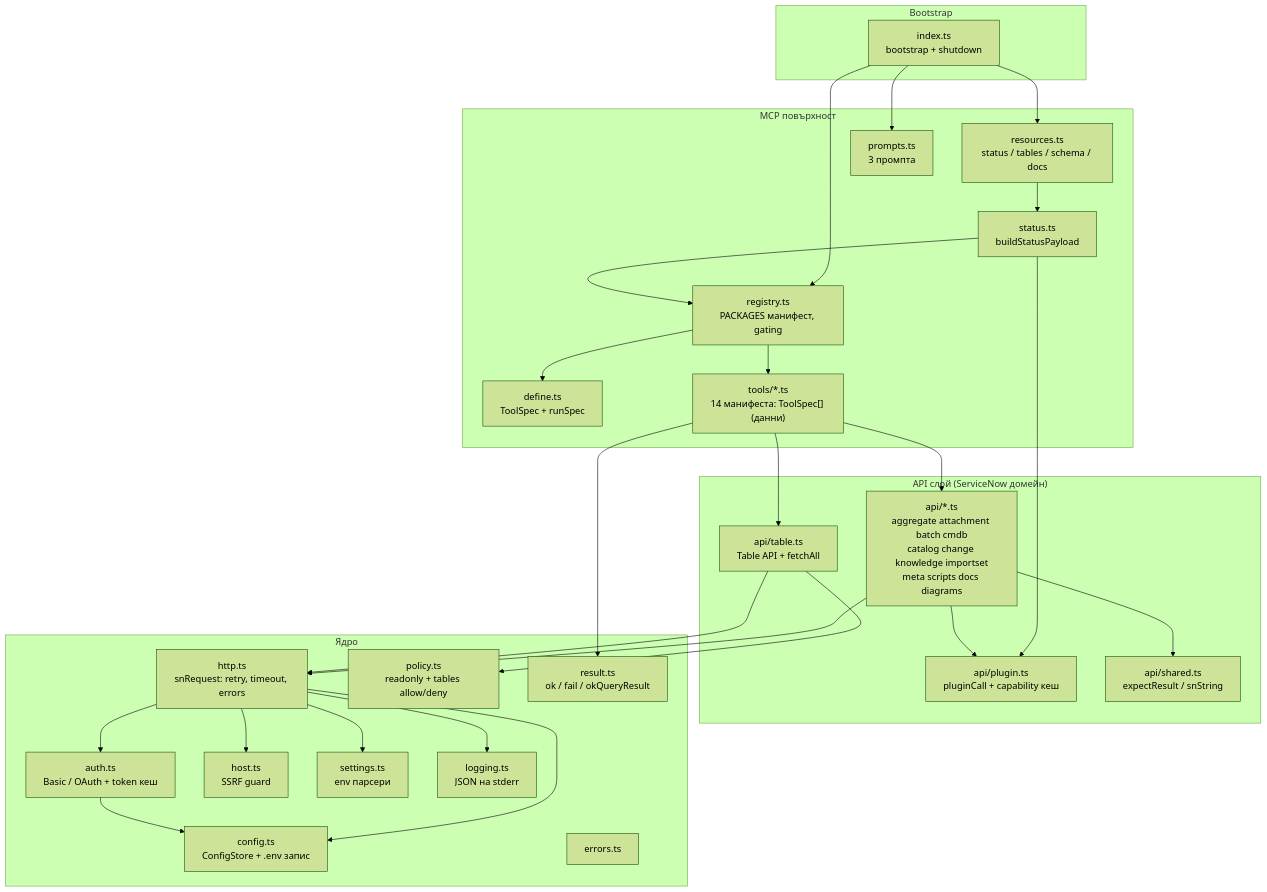
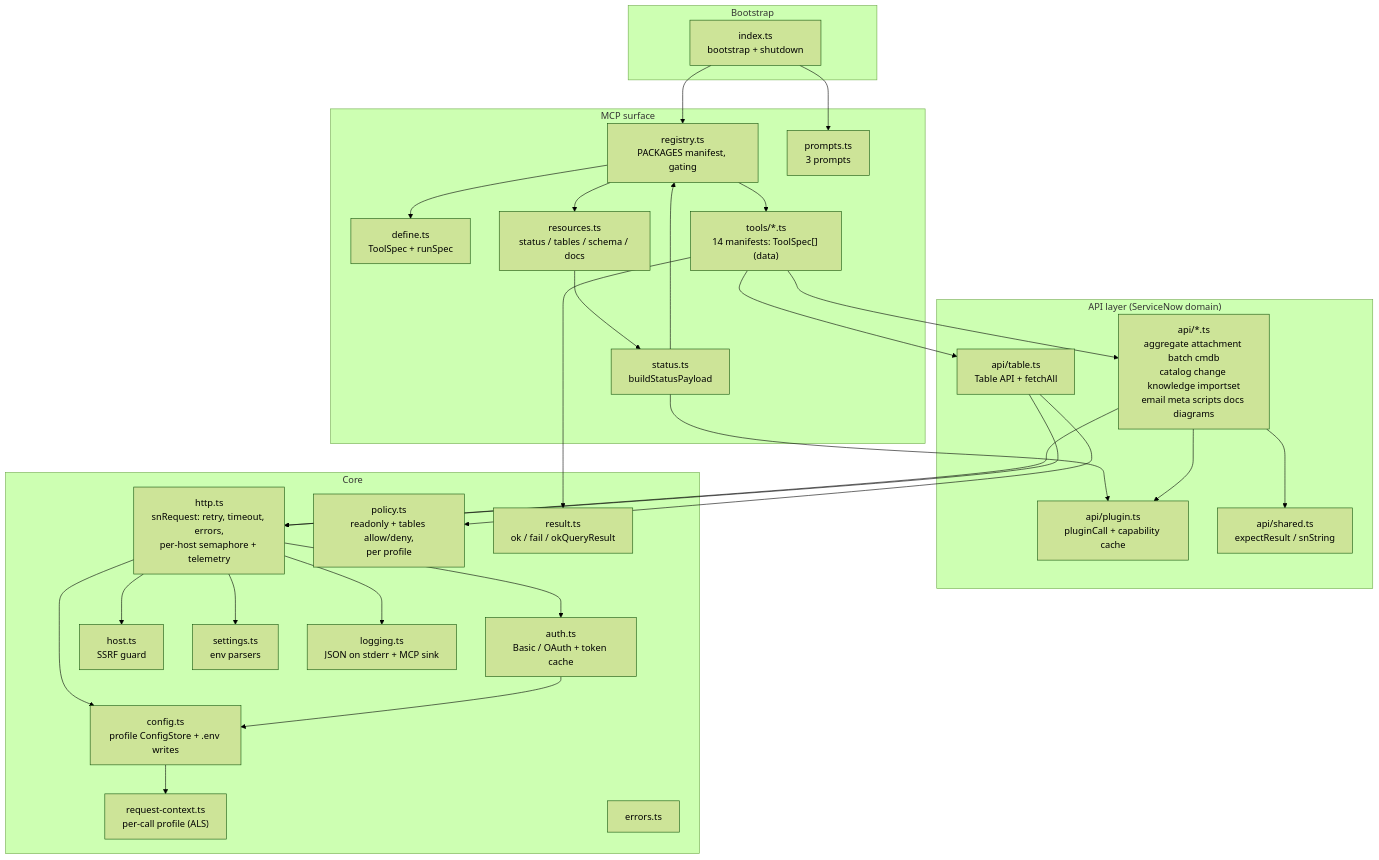
One commit to IvanBBaev/servicenow-mcp-ai changed the first of 5 diagrams in ARCHITECTURE.md. Above: the diagram before and after it, drawn with Mermaid (forest theme). The commit also changed other lines of this file and 4 other files, not shown here.

First line of the commit message:
docs: translate CHANGELOG, TODO, PRODUCT-STATE, ARCHITECTURE, DONE to English

````diff
--- a/ARCHITECTURE.md
+++ b/ARCHITECTURE.md
@@ -19,54 +19,56 @@
 ```mermaid
 graph TD
     subgraph Bootstrap
         IDX["index.ts<br/>bootstrap + shutdown"]
     end
-    subgraph MCP["MCP повърхност"]
-        REG["registry.ts<br/>PACKAGES манифест, gating"]
+    subgraph MCP["MCP surface"]
+        REG["registry.ts<br/>PACKAGES manifest, gating"]
         DEF["define.ts<br/>ToolSpec + runSpec"]
-        TOOLS["tools/*.ts<br/>14 манифеста: ToolSpec[] (данни)"]
+        TOOLS["tools/*.ts<br/>14 manifests: ToolSpec[] (data)"]
         RES["resources.ts<br/>status / tables / schema / docs"]
-        PRM["prompts.ts<br/>3 промпта"]
+        PRM["prompts.ts<br/>3 prompts"]
         STAT["status.ts<br/>buildStatusPayload"]
     end
-    subgraph API["API слой (ServiceNow домейн)"]
+    subgraph API["API layer (ServiceNow domain)"]
         SN["api/table.ts<br/>Table API + fetchAll"]
-        APIS["api/*.ts<br/>aggregate attachment batch cmdb<br/>catalog change knowledge importset<br/>meta scripts docs diagrams"]
-        PLG["api/plugin.ts<br/>pluginCall + capability кеш"]
+        APIS["api/*.ts<br/>aggregate attachment batch cmdb<br/>catalog change knowledge importset<br/>email meta scripts docs diagrams"]
+        PLG["api/plugin.ts<br/>pluginCall + capability cache"]
         SHR["api/shared.ts<br/>expectResult / snString"]
     end
-    subgraph CORE["Ядро"]
-        HTTP["http.ts<br/>snRequest: retry, timeout, errors"]
-        AUTH["auth.ts<br/>Basic / OAuth + token кеш"]
-        POL["policy.ts<br/>readonly + tables allow/deny"]
-        CFG["config.ts<br/>ConfigStore + .env запис"]
+    subgraph CORE["Core"]
+        HTTP["http.ts<br/>snRequest: retry, timeout, errors,<br/>per-host semaphore + telemetry"]
+        AUTH["auth.ts<br/>Basic / OAuth + token cache"]
+        POL["policy.ts<br/>readonly + tables allow/deny,<br/>per profile"]
+        CFG["config.ts<br/>profile ConfigStore + .env writes"]
+        CTX["request-context.ts<br/>per-call profile (ALS)"]
         HOST["host.ts<br/>SSRF guard"]
-        SET["settings.ts<br/>env парсери"]
-        LOG["logging.ts<br/>JSON на stderr"]
+        SET["settings.ts<br/>env parsers"]
+        LOG["logging.ts<br/>JSON on stderr + MCP sink"]
         ERR["errors.ts"]
         RESL["result.ts<br/>ok / fail / okQueryResult"]
     end
 
     IDX --> REG
-    IDX --> RES
-    IDX --> PRM
     REG --> DEF
     REG --> TOOLS
+    REG --> RES
+    IDX --> PRM
     TOOLS --> SN
     TOOLS --> APIS
     TOOLS --> RESL
     RES --> STAT
     STAT --> REG
     STAT --> PLG
     APIS --> PLG
     APIS --> SHR
     APIS --> HTTP
     SN --> HTTP
     SN --> POL
     HTTP --> CFG
     HTTP --> HOST
     HTTP --> AUTH
     HTTP --> SET
     HTTP --> LOG
     AUTH --> CFG
+    CFG --> CTX
 ```
````
